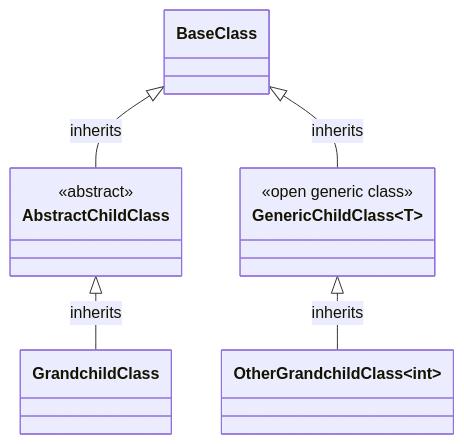
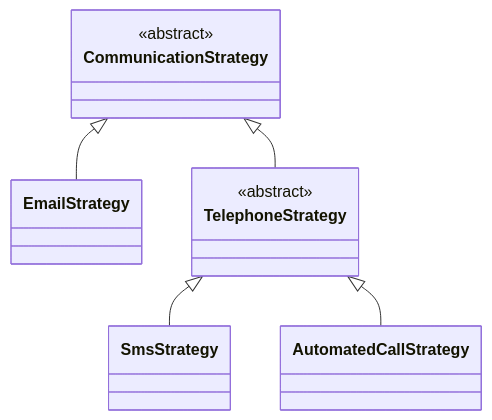
Before and after one commit to mrpmorris/Roslynject: the first of 2 diagrams in Docs/Filters/RegisterClassesDescendedFrom.md, drawn with Mermaid. The commit also changed other lines of this file and 4 other files, not shown here.

````diff
--- a/Docs/Filters/RegisterClassesDescendedFrom.md
+++ b/Docs/Filters/RegisterClassesDescendedFrom.md
@@ -21,15 +22,14 @@
 ```mermaid
 classDiagram
-   BaseClass <|-- AbstractChildClass : inherits
-   BaseClass <|-- GenericChildClass~T~ : inherits
-   AbstractChildClass <|-- GrandchildClass : inherits
-   GenericChildClass <|-- OtherGrandchildClass~int~ : inherits
+    CommunicationStrategy <|-- EmailStrategy
+    CommunicationStrategy <|-- TelephoneStrategy
+    TelephoneStrategy <|-- SmsStrategy
+    TelephoneStrategy <|-- AutomatedCallStrategy
 
-   class AbstractChildClass {
-       <<abstract>>
-   }
-
-   class GenericChildClass {
-      <<open generic class>>
-   }
+class CommunicationStrategy {
+   <<abstract>>
+}
+class TelephoneStrategy {
+   <<abstract>>
+}
 ```
````
